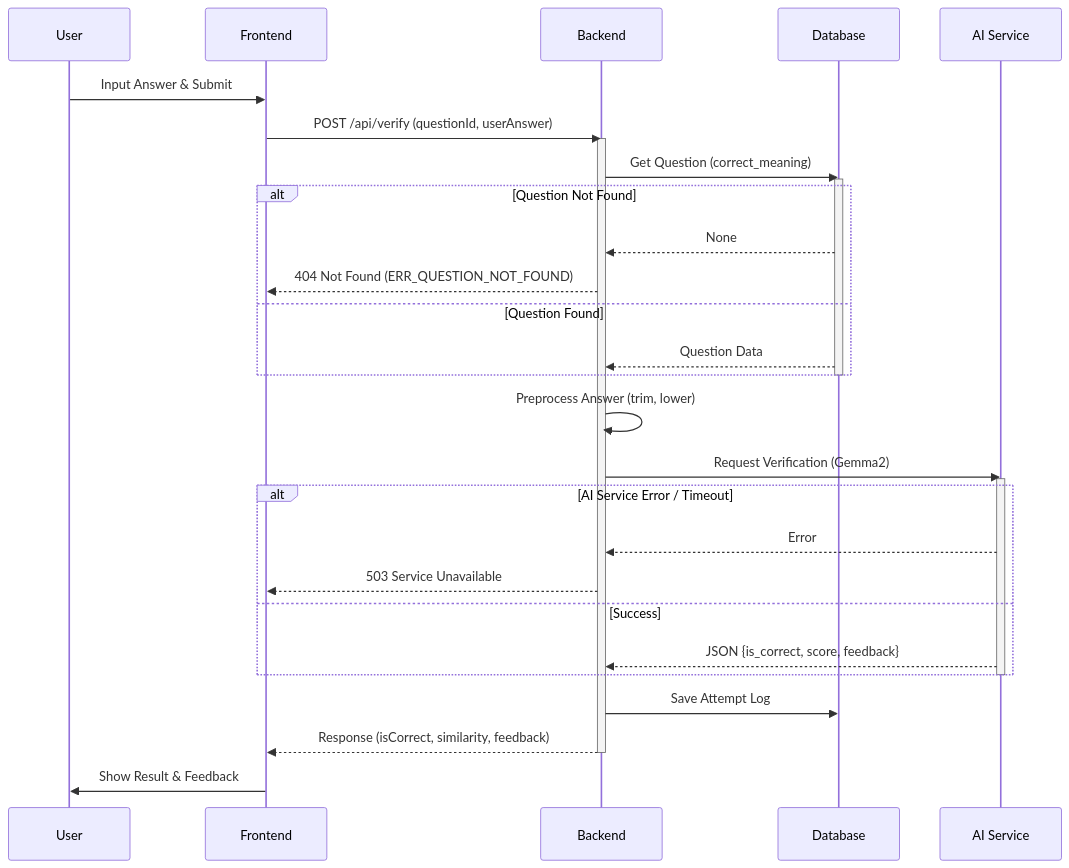
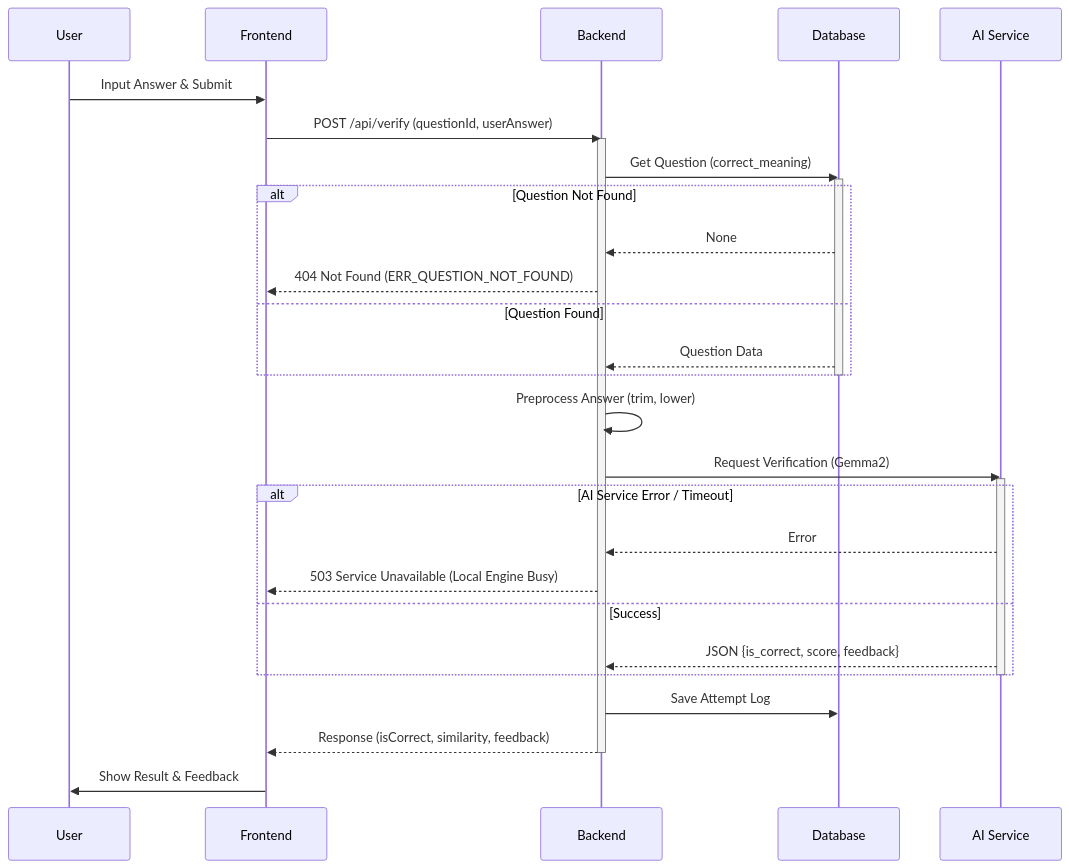
One commit to himchannnn/context_hunter changed the second of 2 diagrams in guide/LLD.md. Above: the diagram before and after it, drawn with Mermaid. The commit also changed other lines of this file and 1 other file, not shown here.

````diff
--- a/guide/LLD.md
+++ b/guide/LLD.md
@@ -133,41 +133,41 @@
 ```mermaid
 sequenceDiagram
     participant User
     participant FE as Frontend
     participant BE as Backend
     participant DB as Database
     participant AI as AI Service
 
     User->>FE: Input Answer & Submit
     FE->>BE: POST /api/verify (questionId, userAnswer)
     activate BE
     
     BE->>DB: Get Question (correct_meaning)
     activate DB
     alt Question Not Found
         DB-->>BE: None
         BE-->>FE: 404 Not Found (ERR_QUESTION_NOT_FOUND)
     else Question Found
         DB-->>BE: Question Data
     end
     deactivate DB
     
     BE->>BE: Preprocess Answer (trim, lower)
     
     BE->>AI: Request Verification (Gemma2)
     activate AI
     alt AI Service Error / Timeout
         AI-->>BE: Error
-        BE-->>FE: 503 Service Unavailable
+        BE-->>FE: 503 Service Unavailable (Local Engine Busy)
     else Success
         AI-->>BE: JSON {is_correct, score, feedback}
     end
     deactivate AI
     
     BE->>DB: Save Attempt Log
     
     BE-->>FE: Response (isCorrect, similarity, feedback)
     deactivate BE
     
     FE->>User: Show Result & Feedback
 ```
````
